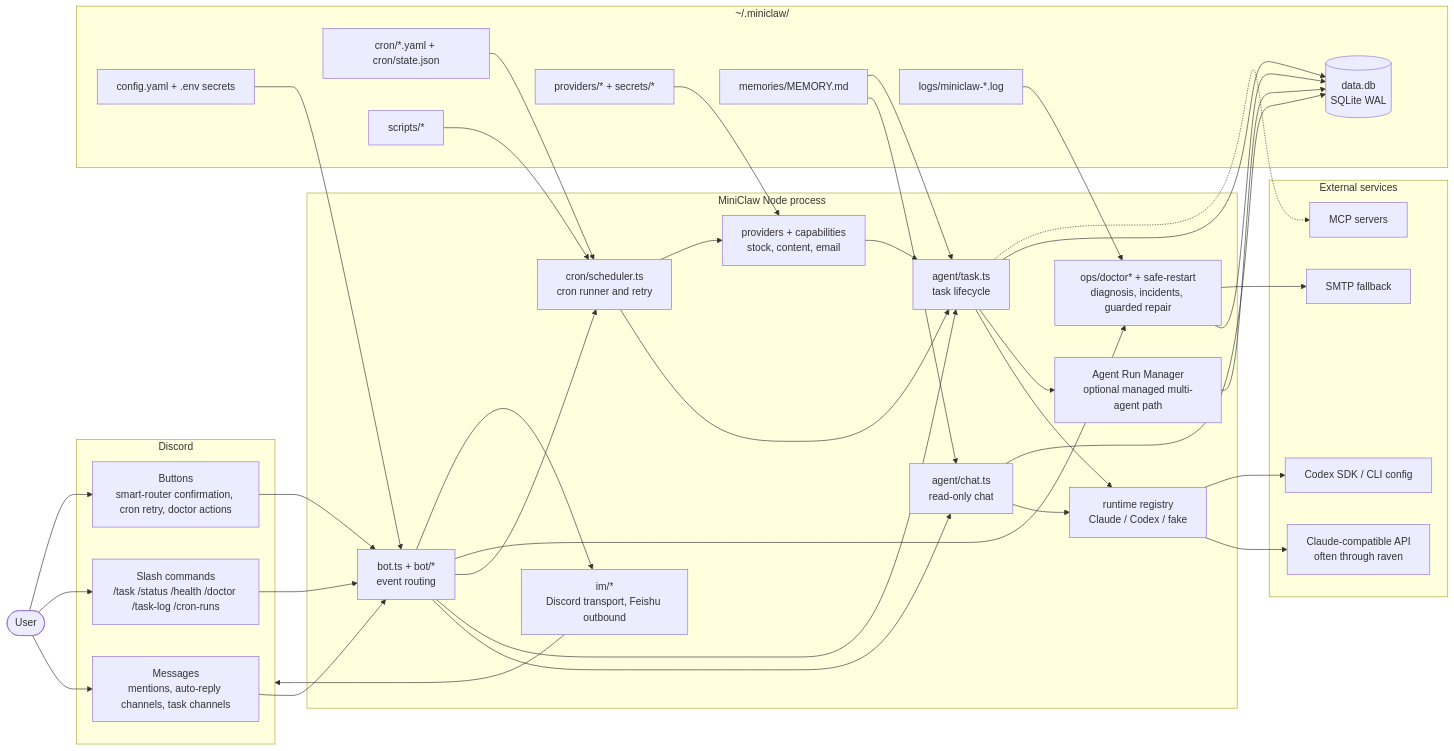
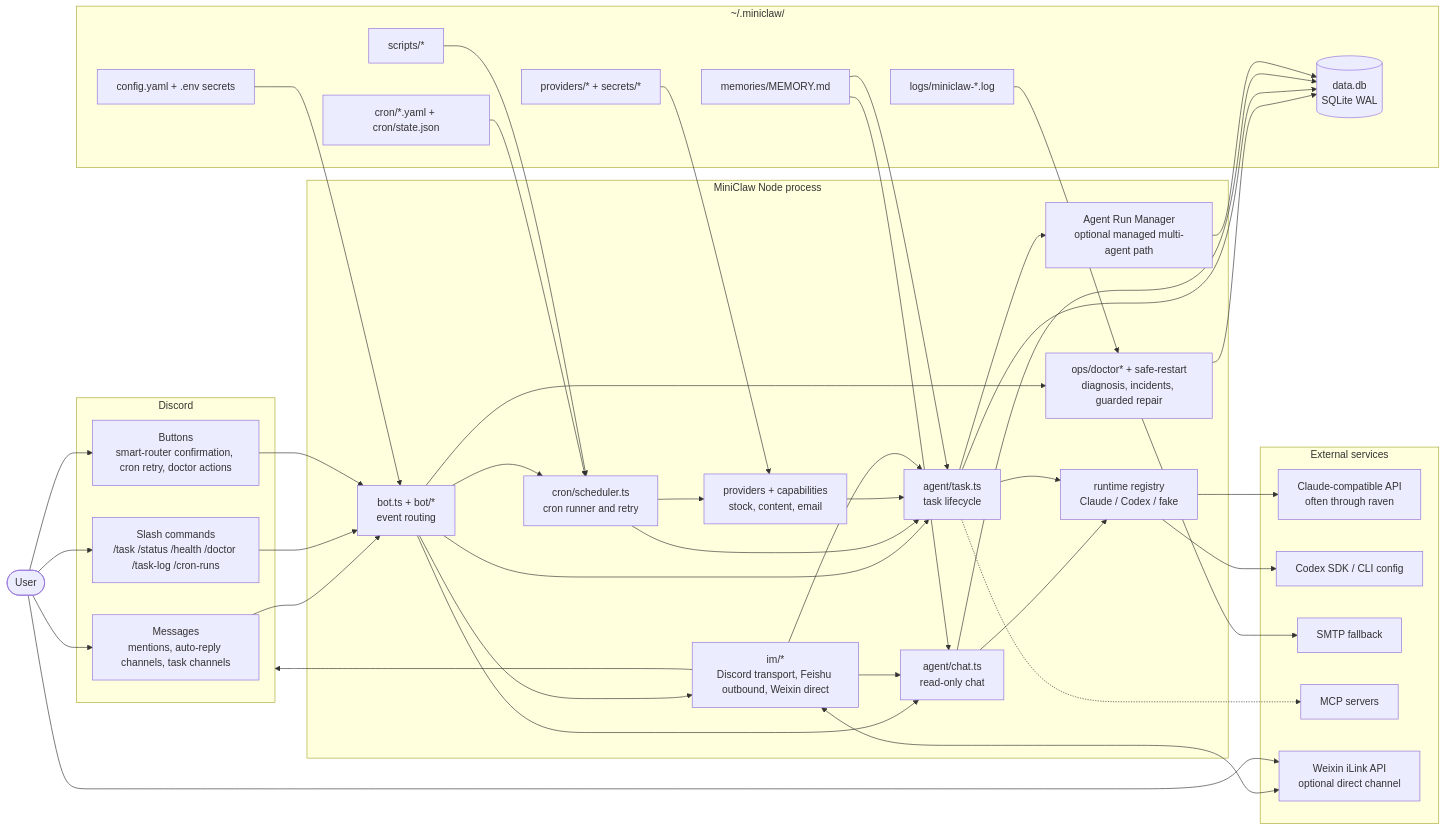
Before and after one commit to yuanyunfan/miniclaw: the first of 6 diagrams in docs/architecture.md, drawn with Mermaid. The commit also changed other lines of this file and 24 other files, not shown here.

Commit message:
feat: add Weixin direct channel

````diff
--- a/docs/architecture.md
+++ b/docs/architecture.md
@@ -7,73 +7,78 @@
 ```mermaid
 flowchart LR
   User([User])
 
   subgraph Discord["Discord"]
     Msg["Messages<br/>mentions, auto-reply channels, task channels"]
     Slash["Slash commands<br/>/task /status /health /doctor /task-log /cron-runs"]
     Btn["Buttons<br/>smart-router confirmation, cron retry, doctor actions"]
   end
 
   subgraph MiniClaw["MiniClaw Node process"]
     Bot["bot.ts + bot/*<br/>event routing"]
     Chat["agent/chat.ts<br/>read-only chat"]
     Task["agent/task.ts<br/>task lifecycle"]
     Runtime["runtime registry<br/>Claude / Codex / fake"]
     RunMgr["Agent Run Manager<br/>optional managed multi-agent path"]
     Cron["cron/scheduler.ts<br/>cron runner and retry"]
     Providers["providers + capabilities<br/>stock, content, email"]
     Ops["ops/doctor* + safe-restart<br/>diagnosis, incidents, guarded repair"]
-    IM["im/*<br/>Discord transport, Feishu outbound"]
+    IM["im/*<br/>Discord transport, Feishu outbound, Weixin direct"]
   end
 
   subgraph UserHome["~/.miniclaw/"]
     Config["config.yaml + .env secrets"]
     Jobs["cron/*.yaml + cron/state.json"]
     Memory["memories/MEMORY.md"]
     Scripts["scripts/*"]
     ProviderState["providers/* + secrets/*"]
     Logs["logs/miniclaw-*.log"]
     DB[("data.db<br/>SQLite WAL")]
   end
 
   subgraph External["External services"]
     Claude["Claude-compatible API<br/>often through raven"]
     Codex["Codex SDK / CLI config"]
     SMTP["SMTP fallback"]
     MCP["MCP servers"]
+    Weixin["Weixin iLink API<br/>optional direct channel"]
   end
 
   User --> Msg
   User --> Slash
   User --> Btn
   Msg --> Bot
   Slash --> Bot
   Btn --> Bot
   Bot --> Chat
   Bot --> Task
   Bot --> Cron
   Bot --> Ops
   Chat --> Runtime
   Task --> Runtime
   Task --> RunMgr
   Cron --> Task
   Cron --> Providers
   Providers --> Task
   Ops --> DB
   Task --> DB
   Chat --> DB
   RunMgr --> DB
   Bot --> IM
+  IM --> Chat
+  IM --> Task
   IM --> Discord
+  IM <--> Weixin
+  User --> Weixin
   Config --> Bot
   Jobs --> Cron
   Memory --> Chat
   Memory --> Task
   Scripts --> Cron
   ProviderState --> Providers
   Logs --> Ops
   Runtime --> Claude
   Runtime --> Codex
   Task -.-> MCP
   Ops --> SMTP
 ```
````
